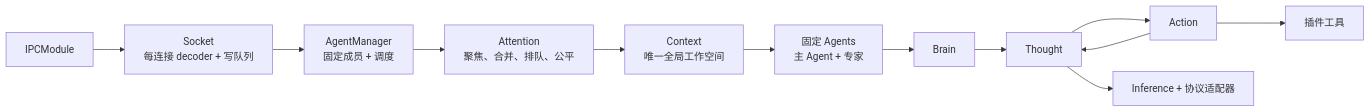
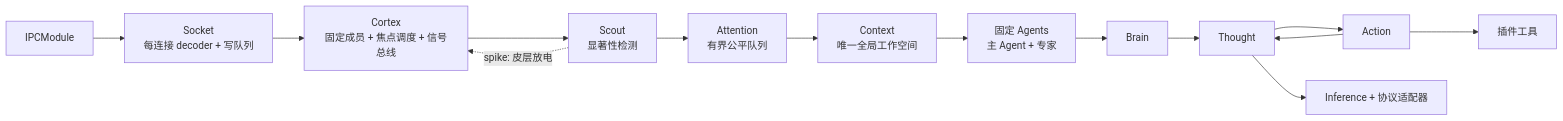
The diagram in README.zh.cn.md (flyflor/flyflor), drawn with Mermaid before and after one commit. The commit also changed other lines of this file and 61 other files, not shown here.

````diff
--- a/README.zh.cn.md
+++ b/README.zh.cn.md
@@ -28,14 +28,16 @@
 ```mermaid
 flowchart LR
     IPC["IPCModule"] --> Socket["Socket\n每连接 decoder + 写队列"]
-    Socket --> Manager["AgentManager\n固定成员 + 调度"]
-    Manager --> Attention["Attention\n聚焦、合并、排队、公平"]
+    Socket --> Cortex["Cortex\n固定成员 + 焦点调度 + 信号总线"]
+    Cortex --> Scout["Scout\n显著性检测"]
+    Scout --> Attention["Attention\n有界公平队列"]
     Attention --> Context["Context\n唯一全局工作空间"]
     Context --> Agents["固定 Agents\n主 Agent + 专家"]
     Agents --> Brain["Brain"]
     Brain --> Thought["Thought"]
     Thought --> Action["Action"]
     Action --> Thought
     Action --> Tools["插件工具"]
     Thought --> Inference["Inference + 协议适配器"]
+    Scout -. spike: 皮层放电 .-> Cortex
 ```
````
